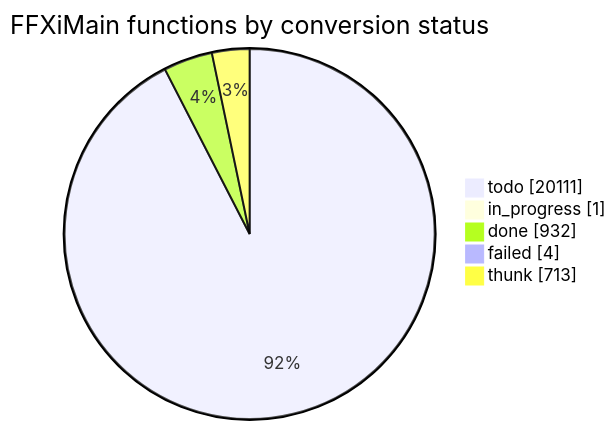
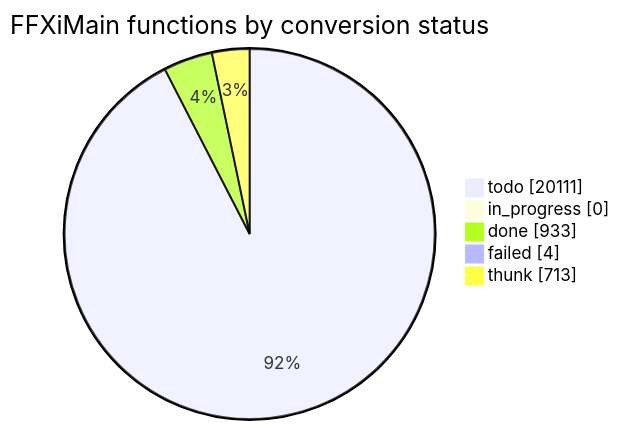
One commit to cowrevenge/cow_kuluu_xi_anything changed the diagram in docs/cow/STATUS.md. Above: the diagram before and after it, drawn with Mermaid. The commit also changed other lines of this file and 9 other files, not shown here.

````diff
--- a/docs/cow/STATUS.md
+++ b/docs/cow/STATUS.md
@@ -18,9 +18,9 @@
 ```mermaid
 pie showData
     title FFXiMain functions by conversion status
     "todo" : 20111
-    "in_progress" : 1
-    "done" : 932
+    "in_progress" : 0
+    "done" : 933
     "failed" : 4
     "thunk" : 713
 ```
````
